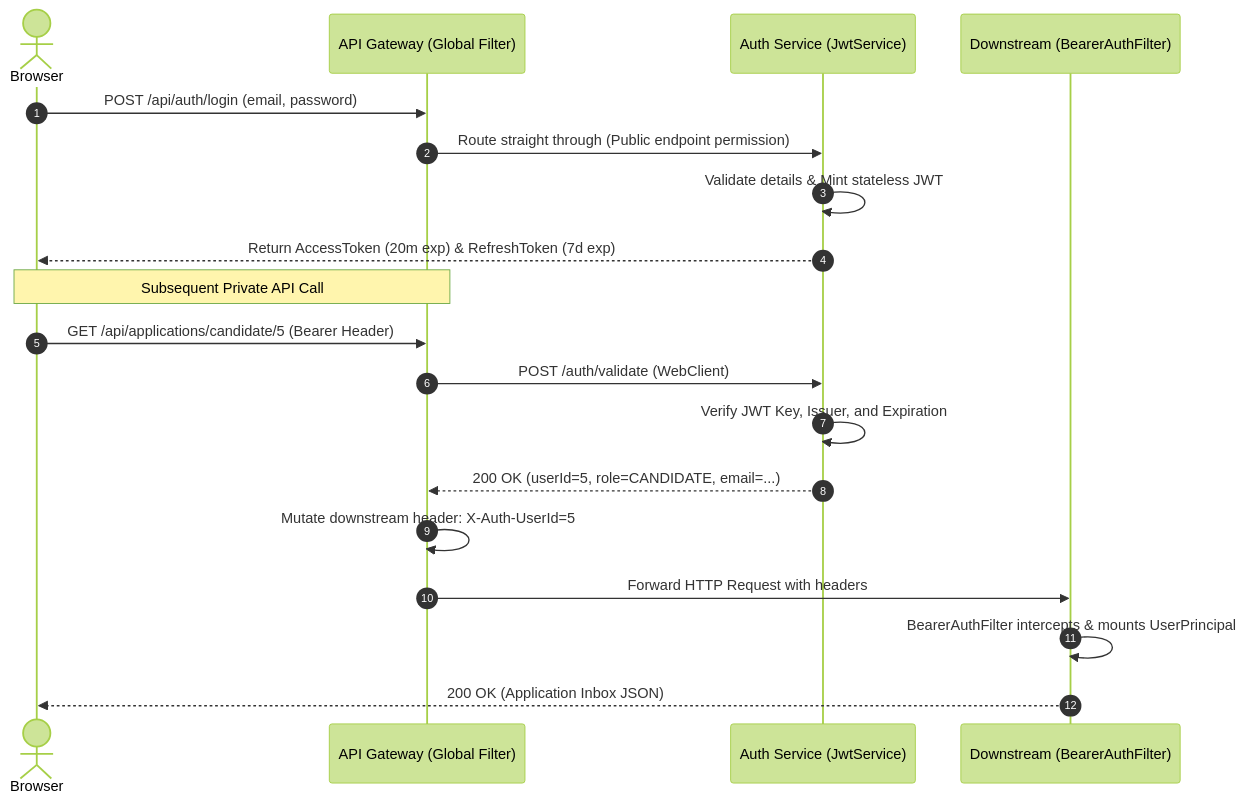
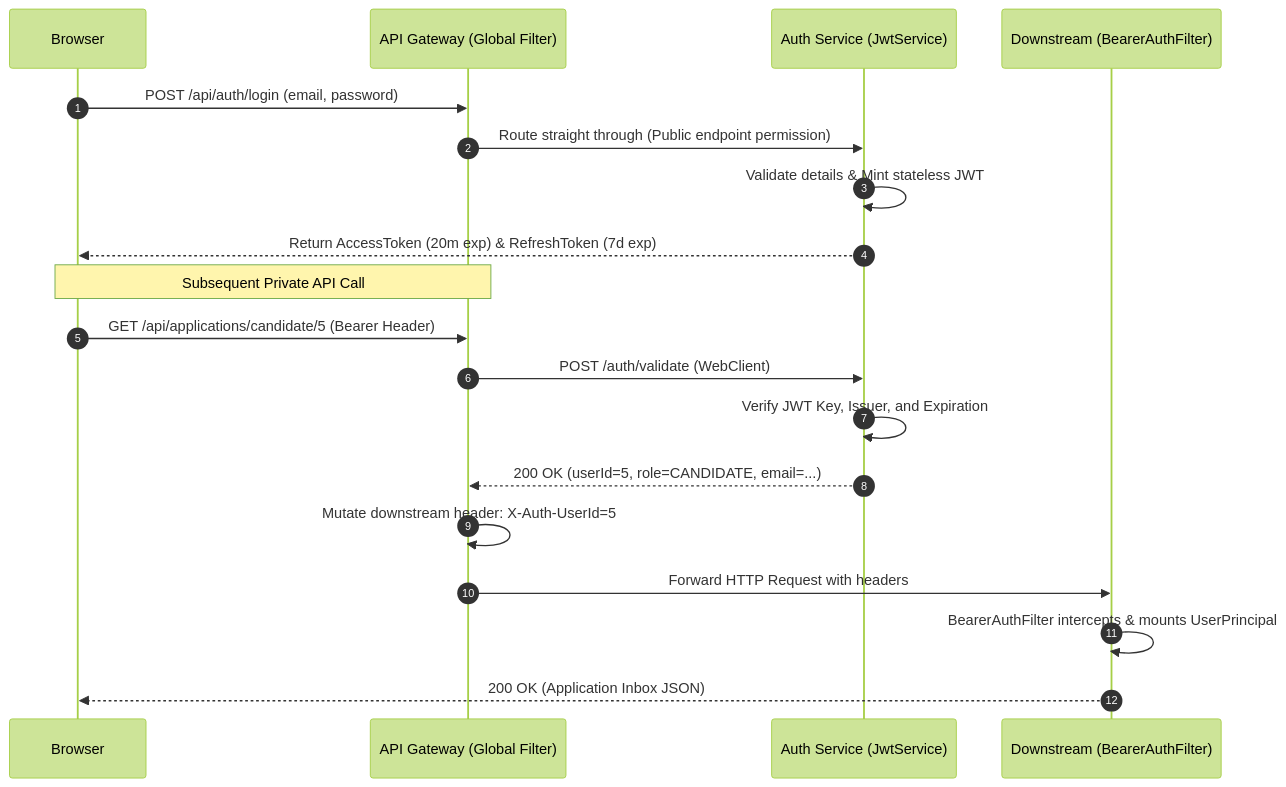
Before and after one commit to Priyanka33591/HireConnect-Job-Portal: diagram 15 of 22 in readme.md, drawn with Mermaid (forest theme). The commit also changed other lines of this file, not shown here.

Commit message:
Refactor Mermaid diagrams for clarity and consistency

````diff
--- a/readme.md
+++ b/readme.md
@@ -800,24 +800,24 @@
 ```mermaid
 sequenceDiagram
     autonumber
-    actor Client as Browser
+    participant Client as Browser
     participant Gateway as API Gateway (Global Filter)
     participant Auth as Auth Service (JwtService)
     participant Downstream as Downstream (BearerAuthFilter)
 
     Client->>Gateway: POST /api/auth/login (email, password)
     Gateway->>Auth: Route straight through (Public endpoint permission)
     Auth->>Auth: Validate details & Mint stateless JWT
     Auth-->>Client: Return AccessToken (20m exp) & RefreshToken (7d exp)
     
     Note over Client, Gateway: Subsequent Private API Call
     
     Client->>Gateway: GET /api/applications/candidate/5 (Bearer Header)
     Gateway->>Auth: POST /auth/validate (WebClient)
     Auth->>Auth: Verify JWT Key, Issuer, and Expiration
     Auth-->>Gateway: 200 OK (userId=5, role=CANDIDATE, email=...)
     Gateway->>Gateway: Mutate downstream header: X-Auth-UserId=5
     Gateway->>Downstream: Forward HTTP Request with headers
     Downstream->>Downstream: BearerAuthFilter intercepts & mounts UserPrincipal
     Downstream-->>Client: 200 OK (Application Inbox JSON)
 ```
````
